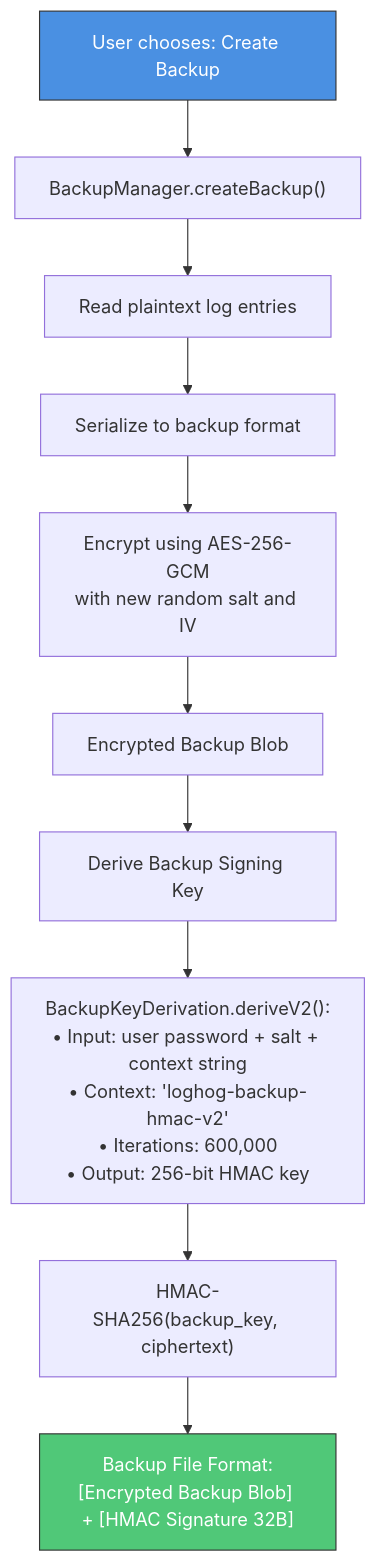
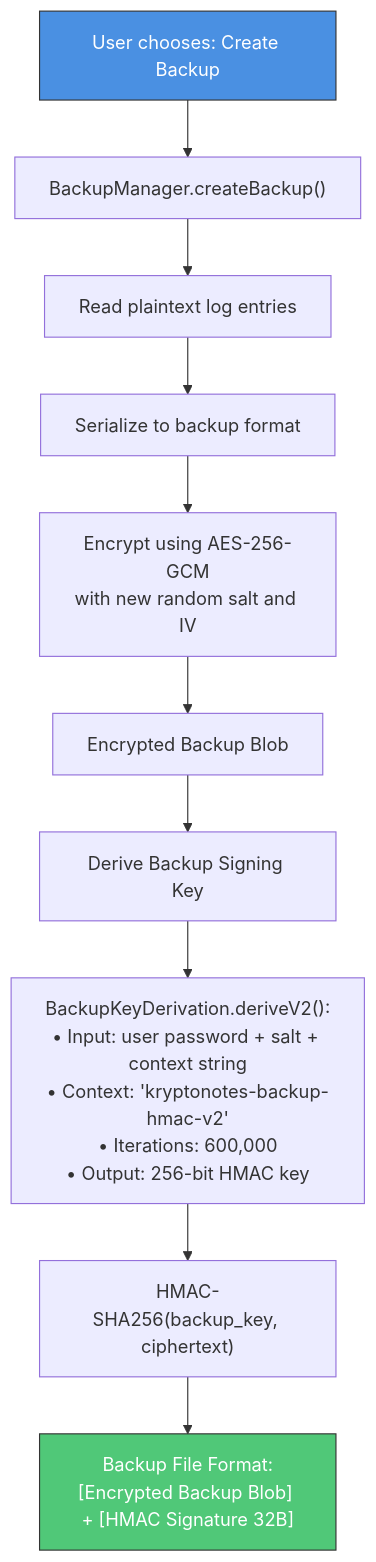
Before and after one commit to johandersson/.LOG-hog: the sixth of 7 diagrams in SECURITY.md, drawn with Mermaid. The commit also changed other lines of this file and 41 other files, not shown here.

````diff
--- a/SECURITY.md
+++ b/SECURITY.md
@@ -265,31 +265,31 @@
 ```mermaid
 flowchart TD
     Start["User chooses: Create Backup"]
     CreateBackup["BackupManager.createBackup()"]
     ReadEntries["Read plaintext log entries"]
     Serialize["Serialize to backup format"]
     Encrypt["Encrypt using AES-256-GCM<br/>with new random salt and IV"]
     
     EncryptedBlob["Encrypted Backup Blob"]
     
     DeriveSigning["Derive Backup Signing Key"]
-    DeriveDetails["BackupKeyDerivation.deriveV2():<br/>• Input: user password + salt + context string<br/>• Context: 'loghog-backup-hmac-v2'<br/>• Iterations: 600,000<br/>• Output: 256-bit HMAC key"]
+    DeriveDetails["BackupKeyDerivation.deriveV2():<br/>• Input: user password + salt + context string<br/>• Context: 'kryptonotes-backup-hmac-v2'<br/>• Iterations: 600,000<br/>• Output: 256-bit HMAC key"]
     
     ComputeHmac["HMAC-SHA256(backup_key, ciphertext)"]
     
     FileFormat["Backup File Format:<br/>[Encrypted Backup Blob] + [HMAC Signature 32B]"]
     
     Start --> CreateBackup
     CreateBackup --> ReadEntries
     ReadEntries --> Serialize
     Serialize --> Encrypt
     Encrypt --> EncryptedBlob
     
     EncryptedBlob --> DeriveSigning
     DeriveSigning --> DeriveDetails
     DeriveDetails --> ComputeHmac
     ComputeHmac --> FileFormat
     
     style Start fill:#4A90E2,stroke:#333,color:#fff
     style FileFormat fill:#50C878,stroke:#333,color:#fff
 ```
````
